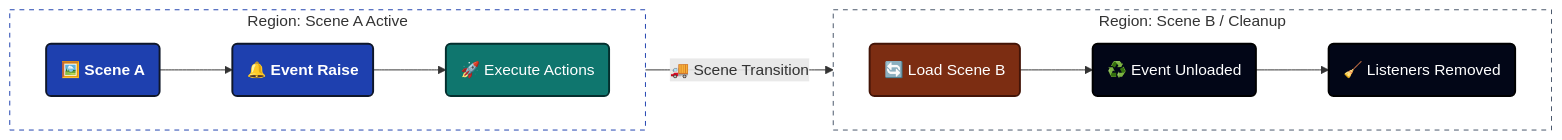
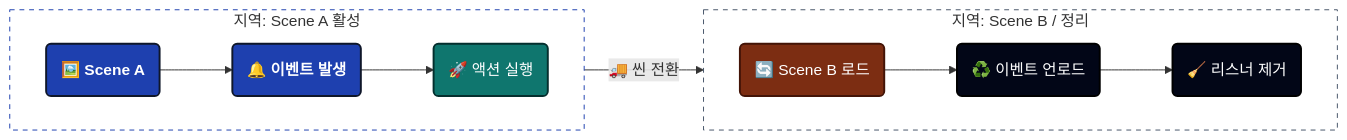
One commit to tinygiants-tech/TinyGiants changed the fourth of 5 diagrams in i18n/ko/docusaurus-plugin-content-docs/current/game-event-system/visual-workflow/game-event-behavior.md. Above: the diagram before and after it, drawn with Mermaid. The commit also changed other lines of this file and 81 other files, not shown here.

````diff
--- a/i18n/ko/docusaurus-plugin-content-docs/current/game-event-system/visual-workflow/game-event-behavior.md
+++ b/i18n/ko/docusaurus-plugin-content-docs/current/game-event-system/visual-workflow/game-event-behavior.md
@@ -393,24 +393,24 @@
 ```mermaid
 graph LR
 
     classDef sceneA fill:#1e40af,stroke:#0f172a,stroke-width:2px,color:#ffffff,font-weight:bold
     classDef action fill:#0f766e,stroke:#042f2e,stroke-width:2px,color:#ffffff
     classDef transition fill:#7c2d12,stroke:#431407,stroke-width:2px,color:#ffffff
     classDef cleanup fill:#020617,stroke:#000000,stroke-width:2px,color:#ffffff
 
-    subgraph Scene_A [Region: Scene A Active]
+    subgraph Scene_A [지역: Scene A 활성]
         direction LR
-        A(🖼️ Scene A):::sceneA --> B(🔔 Event Raise):::sceneA
-        B --> C(🚀 Execute Actions):::action
+        A(🖼️ Scene A):::sceneA --> B(🔔 이벤트 발생):::sceneA
+        B --> C(🚀 액션 실행):::action
     end
     style Scene_A fill:none,stroke:#1e40af,stroke-dasharray: 5 5
 
-    C -- "🚚 Scene Transition" --> D(🔄 Load Scene B):::transition
+    C -- "🚚 씬 전환" --> D(🔄 Scene B 로드):::transition
 
-    subgraph Scene_B [Region: Scene B / Cleanup]
+    subgraph Scene_B [지역: Scene B / 정리]
         direction LR
-        D --> E(♻️ Event Unloaded):::cleanup
-        E --> F(🧹 Listeners Removed):::cleanup
+        D --> E(♻️ 이벤트 언로드):::cleanup
+        E --> F(🧹 리스너 제거):::cleanup
     end
     style Scene_B fill:none,stroke:#475569,stroke-dasharray: 5 5
 ```
````
